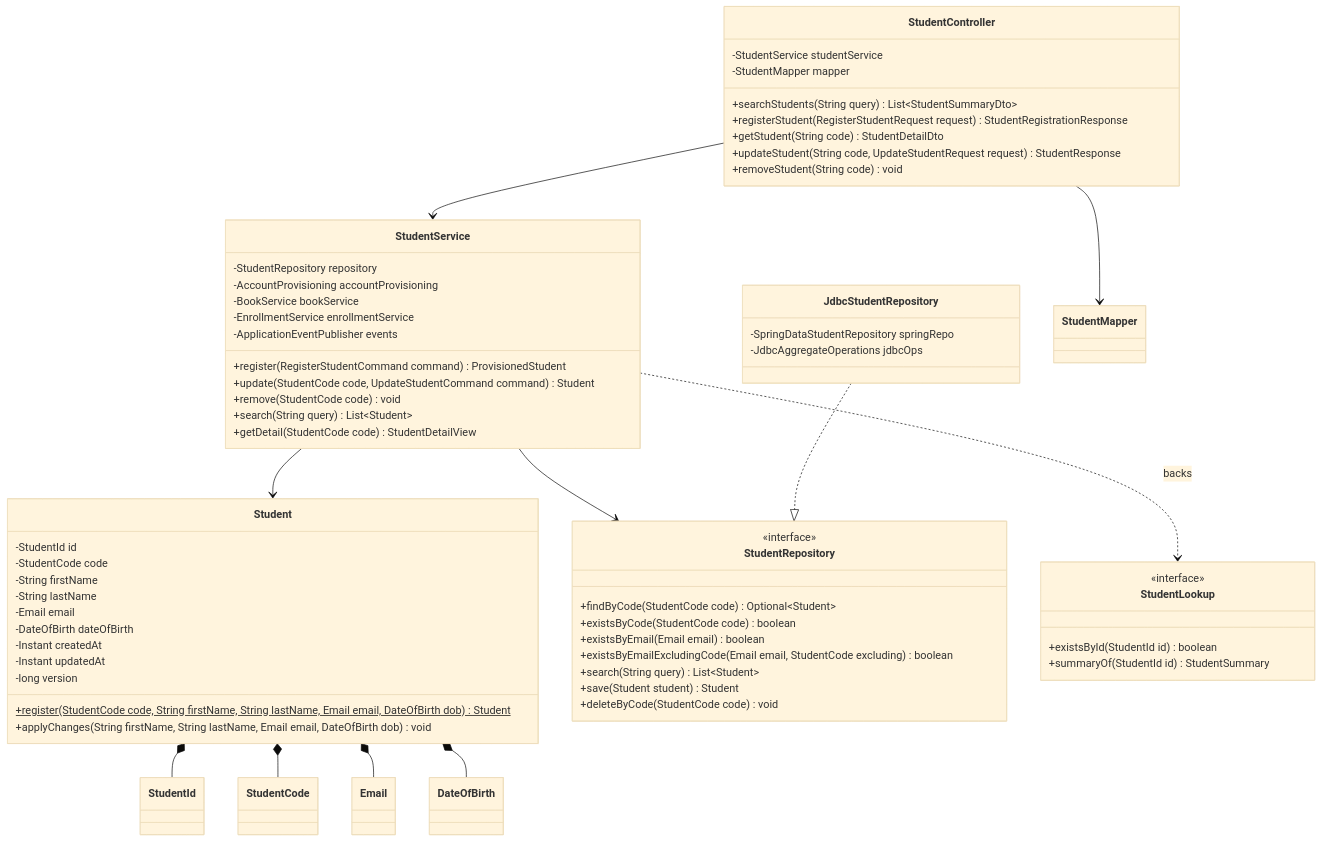
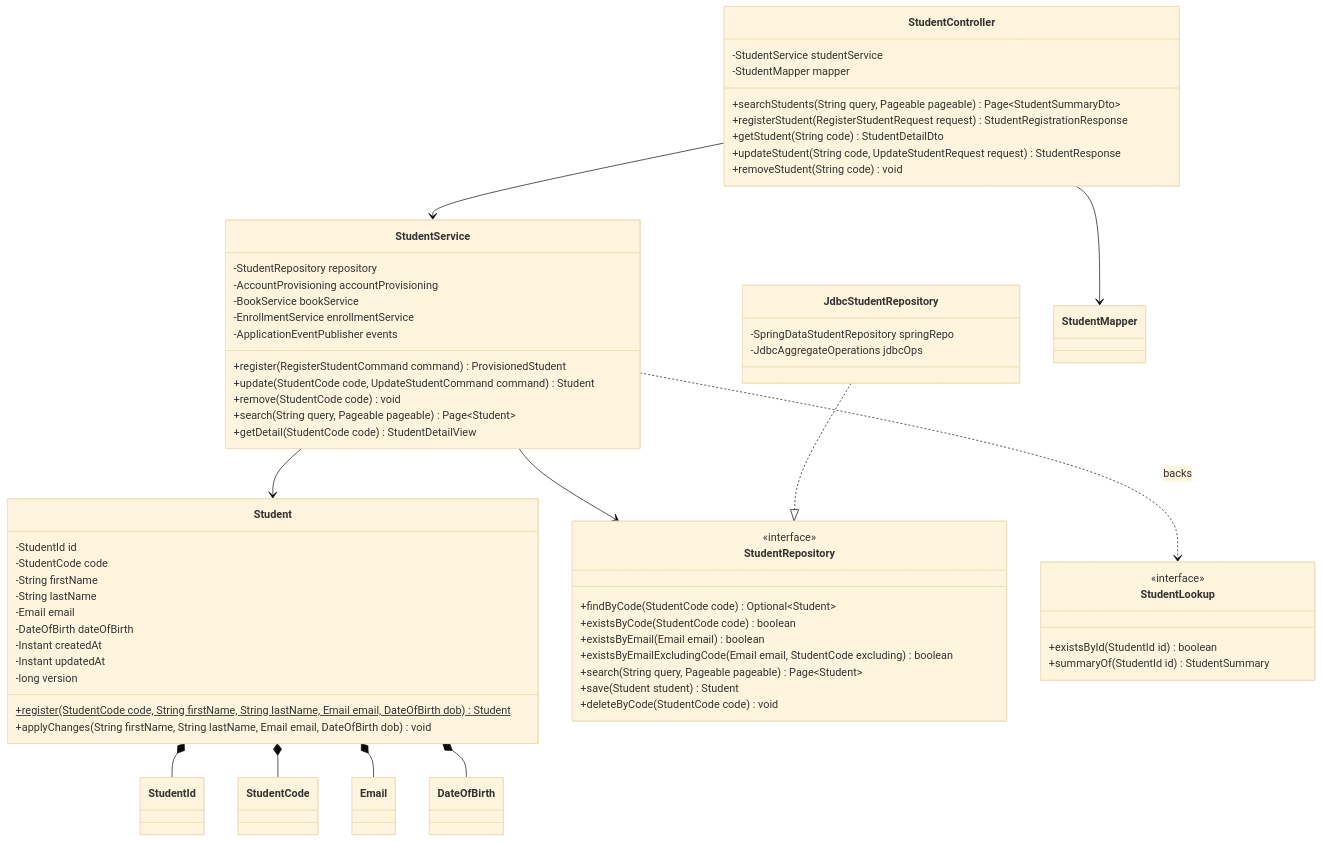
The second of 6 diagrams in docs/SA-docs/06-low-level-design.md (phuchoang2005/Student-Management-System), drawn with Mermaid (base theme) before and after one commit. The commit also changed other lines of this file and 20 other files, not shown here.

````diff
--- a/docs/SA-docs/06-low-level-design.md
+++ b/docs/SA-docs/06-low-level-design.md
@@ -175,71 +175,71 @@
 ```mermaid
 classDiagram
     class StudentController {
         -StudentService studentService
         -StudentMapper mapper
-        +searchStudents(String query) List~StudentSummaryDto~
+        +searchStudents(String query, Pageable pageable) Page~StudentSummaryDto~
         +registerStudent(RegisterStudentRequest request) StudentRegistrationResponse
         +getStudent(String code) StudentDetailDto
         +updateStudent(String code, UpdateStudentRequest request) StudentResponse
         +removeStudent(String code) void
     }
     class StudentService {
         -StudentRepository repository
         -AccountProvisioning accountProvisioning
         -BookService bookService
         -EnrollmentService enrollmentService
         -ApplicationEventPublisher events
         +register(RegisterStudentCommand command) ProvisionedStudent
         +update(StudentCode code, UpdateStudentCommand command) Student
         +remove(StudentCode code) void
-        +search(String query) List~Student~
+        +search(String query, Pageable pageable) Page~Student~
         +getDetail(StudentCode code) StudentDetailView
     }
     class Student {
         -StudentId id
         -StudentCode code
         -String firstName
         -String lastName
         -Email email
         -DateOfBirth dateOfBirth
         -Instant createdAt
         -Instant updatedAt
         -long version
         +register(StudentCode code, String firstName, String lastName, Email email, DateOfBirth dob)$ Student
         +applyChanges(String firstName, String lastName, Email email, DateOfBirth dob) void
     }
     class StudentId
     class StudentCode
     class Email
     class DateOfBirth
     class StudentRepository {
         <<interface>>
         +findByCode(StudentCode code) Optional~Student~
         +existsByCode(StudentCode code) boolean
         +existsByEmail(Email email) boolean
         +existsByEmailExcludingCode(Email email, StudentCode excluding) boolean
-        +search(String query) List~Student~
+        +search(String query, Pageable pageable) Page~Student~
         +save(Student student) Student
         +deleteByCode(StudentCode code) void
     }
     class JdbcStudentRepository {
         -SpringDataStudentRepository springRepo
         -JdbcAggregateOperations jdbcOps
     }
     class StudentLookup {
         <<interface>>
         +existsById(StudentId id) boolean
         +summaryOf(StudentId id) StudentSummary
     }
 
     StudentController --> StudentService
     StudentController --> StudentMapper
     StudentService --> Student
     StudentService --> StudentRepository
     StudentService ..> StudentLookup : backs
     JdbcStudentRepository ..|> StudentRepository
     Student *-- StudentId
     Student *-- StudentCode
     Student *-- Email
     Student *-- DateOfBirth
 ```
````
